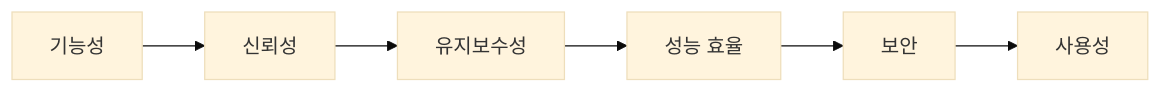
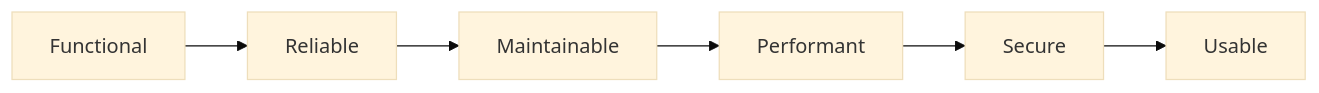
Before and after one commit to yeongseon-books/book-content: the diagram in content/software-engineering-101/ko/10-what-makes-good-software.md, drawn with Mermaid (base theme). The commit also changed other lines of this file and 9 other files, not shown here.

````diff
--- a/content/software-engineering-101/ko/10-what-makes-good-software.md
+++ b/content/software-engineering-101/ko/10-what-makes-good-software.md
@@ -36,8 +50,8 @@
 ```mermaid
 flowchart LR
-    F["기능성"] --> R["신뢰성"]
-    R --> M["유지보수성"]
-    M --> P["성능 효율"]
-    P --> S["보안"]
-    S --> U["사용성"]
+    F["Functional"] --> R["Reliable"]
+    R --> M["Maintainable"]
+    M --> P["Performant"]
+    P --> S["Secure"]
+    S --> U["Usable"]
 ```
````
